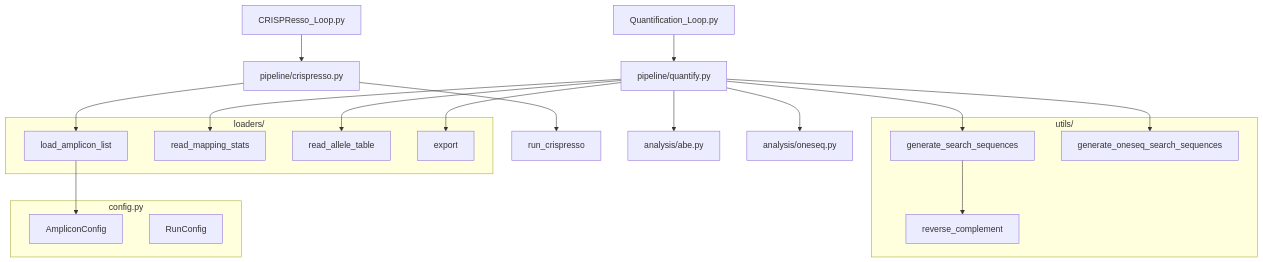
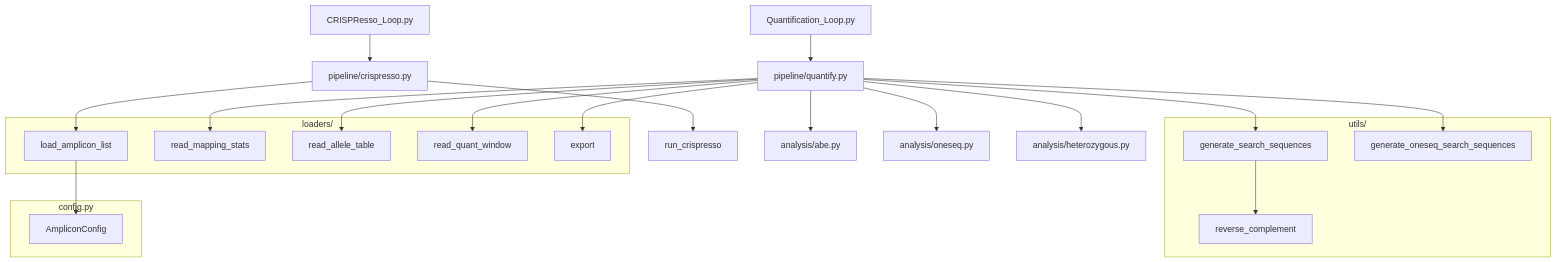
The diagram in AQ_pipeline_v2/ARCHITECTURE.md (Walsh-Quigley/AQ_CRISPResso_pipeline), drawn with Mermaid before and after one commit. The commit also changed other lines of this file and 7 other files, not shown here.

````diff
--- a/AQ_pipeline_v2/ARCHITECTURE.md
+++ b/AQ_pipeline_v2/ARCHITECTURE.md
@@ -5,37 +5,39 @@
 ```mermaid
 graph TD
     CRISPResso_Loop.py --> pipeline/crispresso.py
     Quantification_Loop.py --> pipeline/quantify.py
 
     pipeline/crispresso.py --> load_amplicon_list
     pipeline/crispresso.py --> run_crispresso
 
     pipeline/quantify.py --> read_mapping_stats
     pipeline/quantify.py --> read_allele_table
+    pipeline/quantify.py --> read_quant_window
     pipeline/quantify.py --> generate_search_sequences
     pipeline/quantify.py --> generate_oneseq_search_sequences
     pipeline/quantify.py --> analysis/abe.py
     pipeline/quantify.py --> analysis/oneseq.py
+    pipeline/quantify.py --> analysis/heterozygous.py
     pipeline/quantify.py --> export
 
     load_amplicon_list --> AmpliconConfig
     generate_search_sequences --> reverse_complement
 
     subgraph loaders/
         load_amplicon_list
         read_mapping_stats
         read_allele_table
+        read_quant_window
         export
     end
 
     subgraph utils/
         reverse_complement
         generate_search_sequences
         generate_oneseq_search_sequences
     end
 
     subgraph config.py
         AmpliconConfig
-        RunConfig
     end
 ```
````
